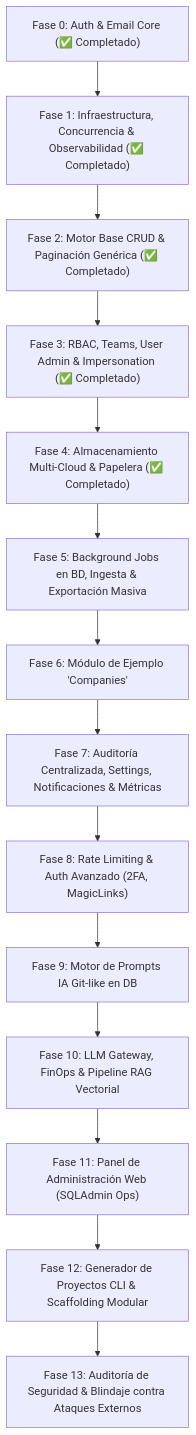
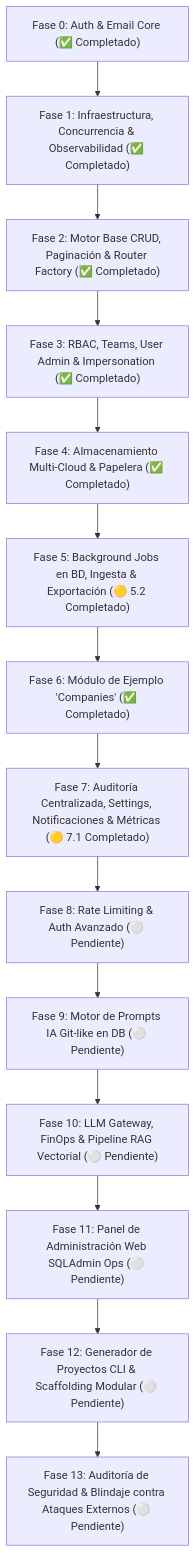
One commit to javireyramirez/fastapi_plantilla changed the diagram in ROADMAP.md. Above: the diagram before and after it, drawn with Mermaid. The commit also changed other lines of this file and 25 other files, not shown here.

````diff
--- a/ROADMAP.md
+++ b/ROADMAP.md
@@ -30,16 +30,16 @@
 ```mermaid
 flowchart TD
     F0["Fase 0: Auth & Email Core (✅ Completado)"] --> F1["Fase 1: Infraestructura, Concurrencia & Observabilidad (✅ Completado)"]
-    F1 --> F2["Fase 2: Motor Base CRUD & Paginación Genérica (✅ Completado)"]
+    F1 --> F2["Fase 2: Motor Base CRUD, Paginación & Router Factory (✅ Completado)"]
     F2 --> F3["Fase 3: RBAC, Teams, User Admin & Impersonation (✅ Completado)"]
     F3 --> F4["Fase 4: Almacenamiento Multi-Cloud & Papelera (✅ Completado)"]
-    F4 --> F5["Fase 5: Background Jobs en BD, Ingesta & Exportación Masiva"]
-    F5 --> F6["Fase 6: Módulo de Ejemplo 'Companies'"]
-    F6 --> F7["Fase 7: Auditoría Centralizada, Settings, Notificaciones & Métricas"]
-    F7 --> F8["Fase 8: Rate Limiting & Auth Avanzado (2FA, MagicLinks)"]
-    F8 --> F9["Fase 9: Motor de Prompts IA Git-like en DB"]
-    F9 --> F10["Fase 10: LLM Gateway, FinOps & Pipeline RAG Vectorial"]
-    F10 --> F11["Fase 11: Panel de Administración Web (SQLAdmin Ops)"]
-    F11 --> F12["Fase 12: Generador de Proyectos CLI & Scaffolding Modular"]
-    F12 --> F13["Fase 13: Auditoría de Seguridad & Blindaje contra Ataques Externos"]
+    F4 --> F5["Fase 5: Background Jobs en BD, Ingesta & Exportación (🟡 5.2 Completado)"]
+    F5 --> F6["Fase 6: Módulo de Ejemplo 'Companies' (✅ Completado)"]
+    F6 --> F7["Fase 7: Auditoría Centralizada, Settings, Notificaciones & Métricas (🟡 7.1 Completado)"]
+    F7 --> F8["Fase 8: Rate Limiting & Auth Avanzado (⚪ Pendiente)"]
+    F8 --> F9["Fase 9: Motor de Prompts IA Git-like en DB (⚪ Pendiente)"]
+    F9 --> F10["Fase 10: LLM Gateway, FinOps & Pipeline RAG Vectorial (⚪ Pendiente)"]
+    F10 --> F11["Fase 11: Panel de Administración Web SQLAdmin Ops (⚪ Pendiente)"]
+    F11 --> F12["Fase 12: Generador de Proyectos CLI & Scaffolding Modular (⚪ Pendiente)"]
+    F12 --> F13["Fase 13: Auditoría de Seguridad & Blindaje contra Ataques Externos (⚪ Pendiente)"]
 ```
````
